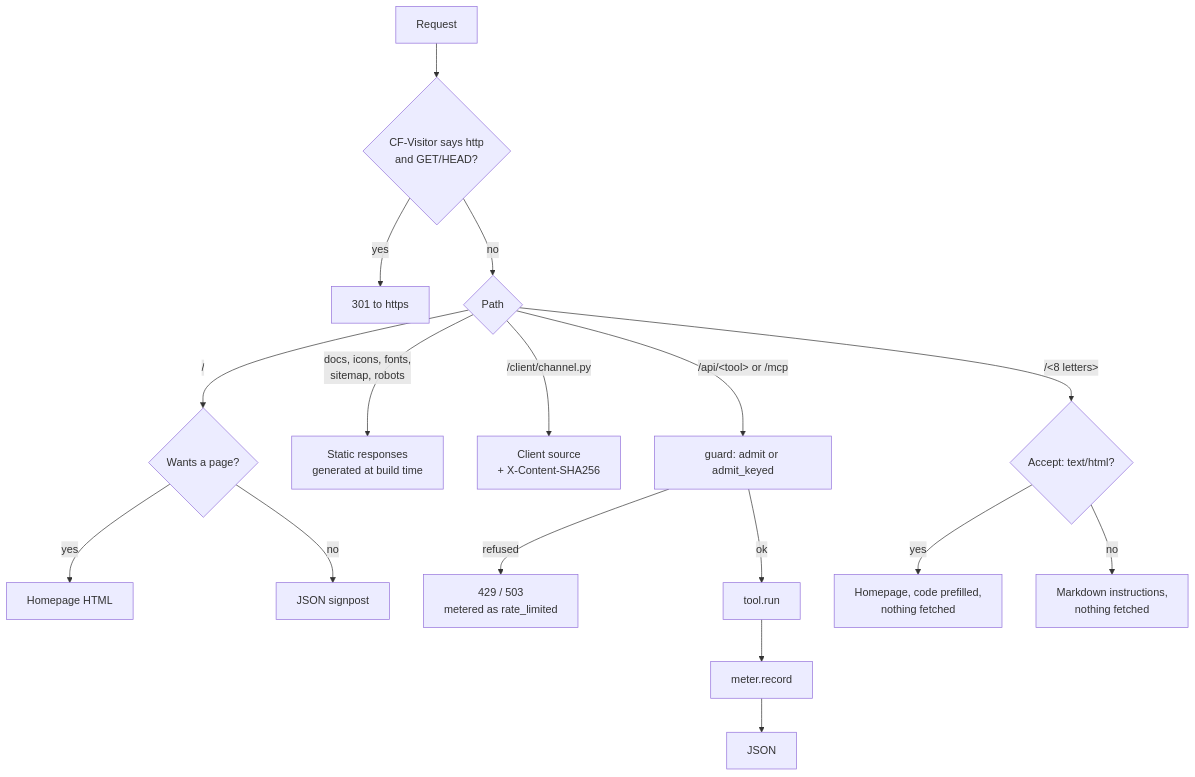
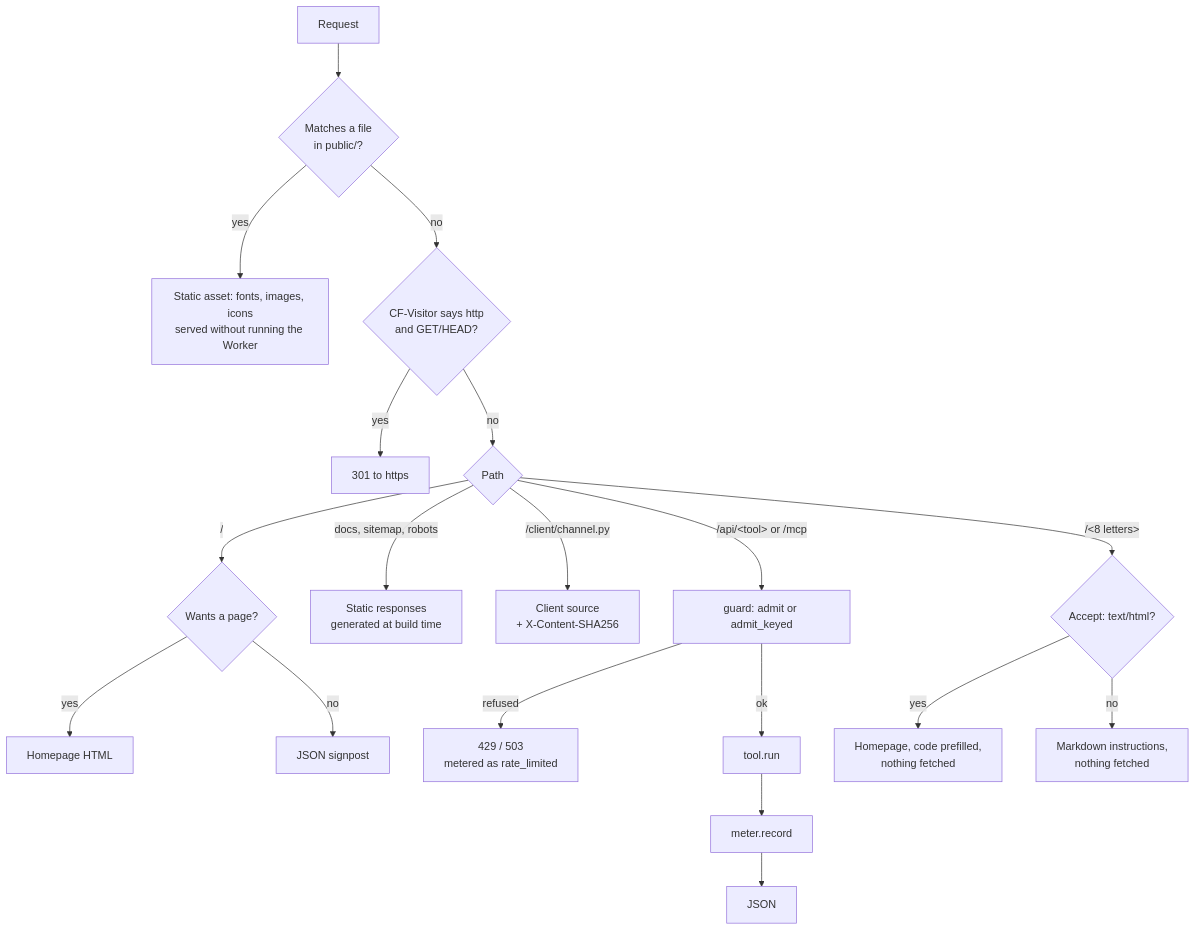
Before and after one commit to gammaland/handover: the second of 4 diagrams in docs/system-design.md, drawn with Mermaid. The commit also changed other lines of this file and 12 other files, not shown here.

First line of the commit message:
Serve fonts, images and icons as static assets; keep D1 off the page path

````diff
--- a/docs/system-design.md
+++ b/docs/system-design.md
@@ -79,17 +79,19 @@
 ```mermaid
 flowchart TD
-  R[Request] --> S{CF-Visitor says http<br/>and GET/HEAD?}
+  R[Request] --> A{Matches a file<br/>in public/?}
+  A -- yes --> SA[Static asset: fonts, images, icons<br/>served without running the Worker]
+  A -- no --> S{CF-Visitor says http<br/>and GET/HEAD?}
   S -- yes --> X[301 to https]
   S -- no --> P{Path}
   P -- "/" --> N{Wants a page?}
   N -- yes --> HP[Homepage HTML]
   N -- no --> J[JSON signpost]
-  P -- docs, icons, fonts,<br/>sitemap, robots --> ST[Static responses<br/>generated at build time]
+  P -- docs, sitemap, robots --> ST[Static responses<br/>generated at build time]
   P -- /client/channel.py --> CL[Client source<br/>+ X-Content-SHA256]
   P -- "/api/&lt;tool&gt;" or /mcp --> G[guard: admit or admit_keyed]
   G -- refused --> E[429 / 503<br/>metered as rate_limited]
   G -- ok --> T[tool.run] --> M[meter.record] --> O[JSON]
   P -- "/&lt;8 letters&gt;" --> L{Accept: text/html?}
   L -- yes --> PF[Homepage, code prefilled,<br/>nothing fetched]
   L -- no --> MD[Markdown instructions,<br/>nothing fetched]
 ```
````
